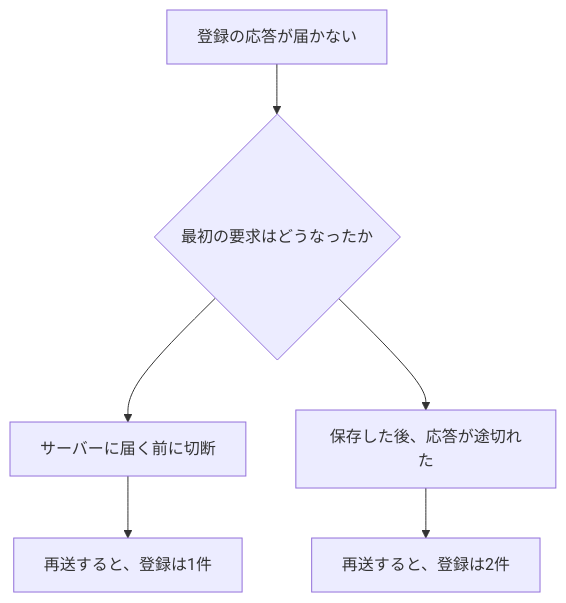
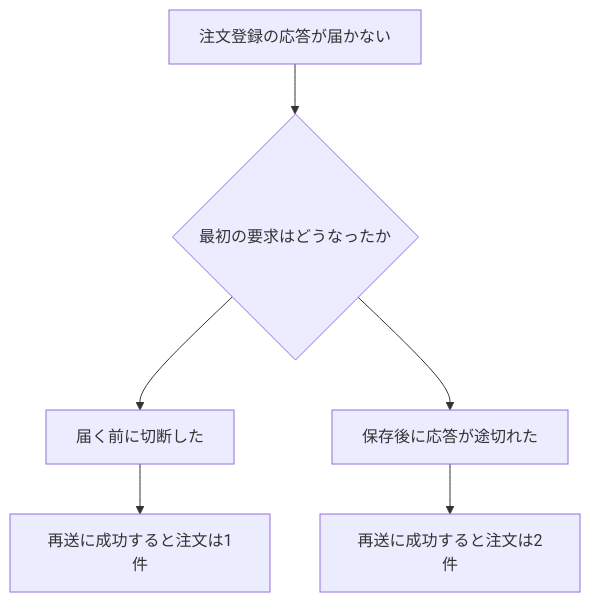
Before and after one commit to tsuji-tomonori/rest-api-sample: the diagram in docs/04-methods.md, drawn with Mermaid. The commit also changed other lines of this file and 15 other files, not shown here.

````diff
--- a/docs/04-methods.md
+++ b/docs/04-methods.md
@@ -31,8 +67,8 @@
 ```mermaid
 flowchart TD
-    A["登録の応答が届かない"] --> B{"最初の要求はどうなったか"}
-    B --> C["サーバーに届く前に切断"]
-    B --> D["保存した後、応答が途切れた"]
-    C --> E["再送すると、登録は1件"]
-    D --> F["再送すると、登録は2件"]
+    A["注文登録の応答が届かない"] --> B{"最初の要求はどうなったか"}
+    B --> C["届く前に切断した"]
+    B --> D["保存後に応答が途切れた"]
+    C --> E["再送に成功すると注文は1件"]
+    D --> F["再送に成功すると注文は2件"]
 ```
````
